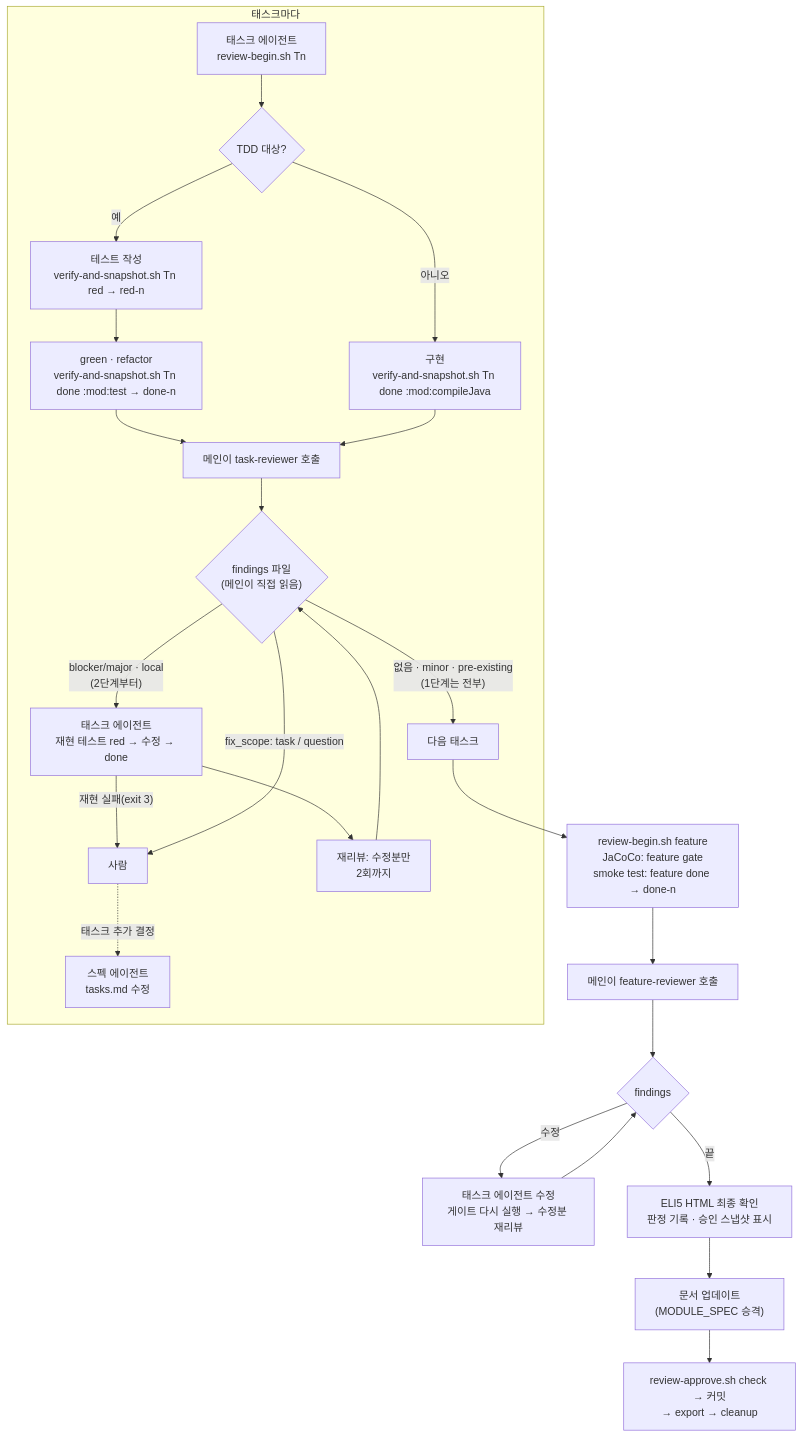
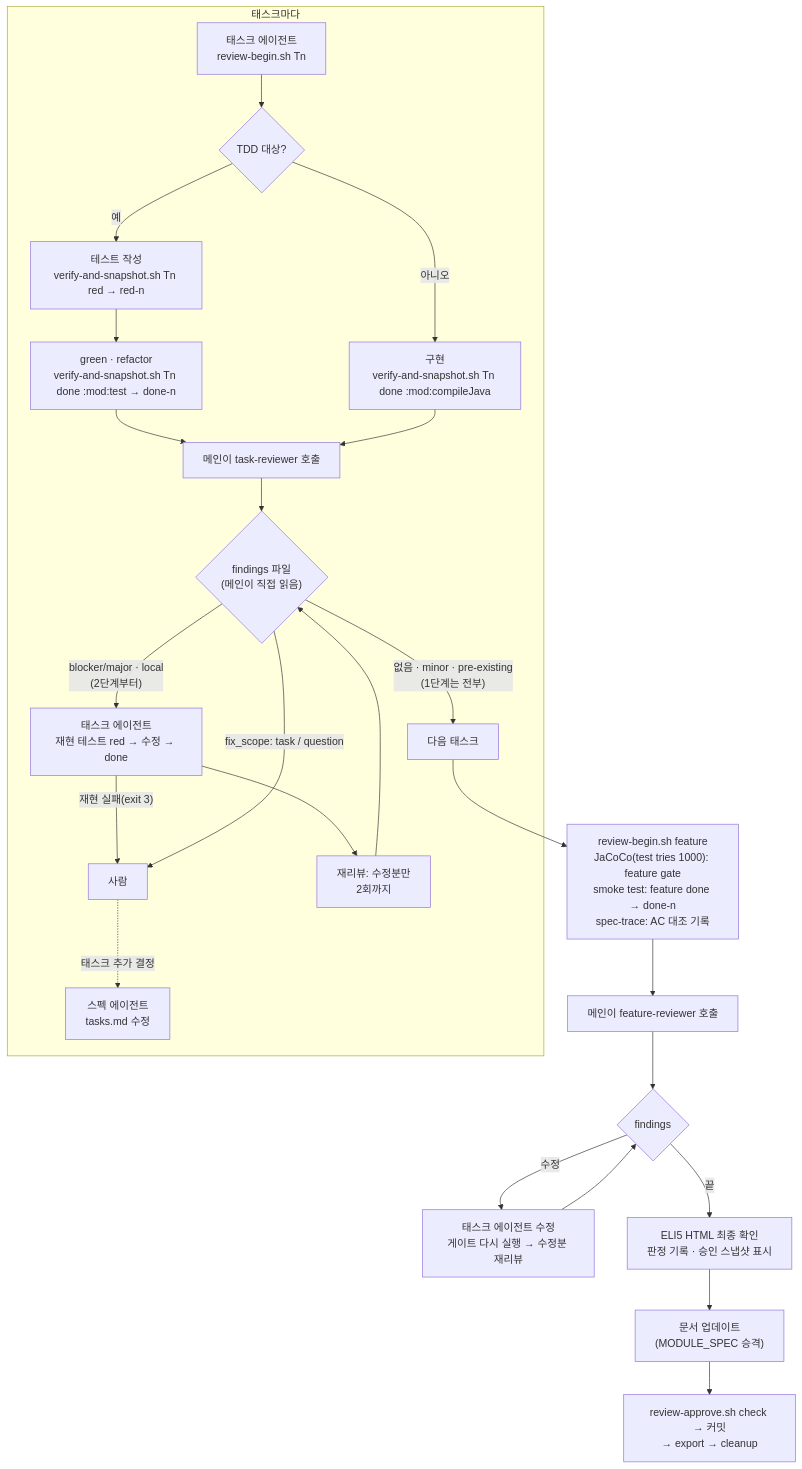
The diagram in ai-development/2026-11-agent-code-review-stage.md (libedi/docs), drawn with Mermaid before and after one commit. The commit also changed other lines of this file and 8 other files, not shown here.

````diff
--- a/ai-development/2026-11-agent-code-review-stage.md
+++ b/ai-development/2026-11-agent-code-review-stage.md
@@ -105,27 +121,27 @@
 ```mermaid
 flowchart TD
     subgraph TASK["태스크마다"]
         B["태스크 에이전트<br/>review-begin.sh Tn"] --> K{TDD 대상?}
         K -- 예 --> R["테스트 작성<br/>verify-and-snapshot.sh Tn red → red-n"]
         R --> I["green · refactor<br/>verify-and-snapshot.sh Tn done :mod:test → done-n"]
         K -- 아니오 --> C["구현<br/>verify-and-snapshot.sh Tn done :mod:compileJava"]
         I --> TR["메인이 task-reviewer 호출"]
         C --> TR
         TR --> F{"findings 파일<br/>(메인이 직접 읽음)"}
         F -- "blocker/major · local<br/>(2단계부터)" --> FIX["태스크 에이전트<br/>재현 테스트 red → 수정 → done"]
         FIX -- "재현 실패(exit 3)" --> H["사람"]
         FIX --> RR["재리뷰: 수정분만<br/>2회까지"]
         RR --> F
         F -- "fix_scope: task / question" --> H
         H -. "태스크 추가 결정" .-> SP["스펙 에이전트<br/>tasks.md 수정"]
         F -- "없음 · minor · pre-existing<br/>(1단계는 전부)" --> N["다음 태스크"]
     end
-    N --> G["review-begin.sh feature<br/>JaCoCo: feature gate<br/>smoke test: feature done → done-n"]
+    N --> G["review-begin.sh feature<br/>JaCoCo(test tries 1000): feature gate<br/>smoke test: feature done → done-n<br/>spec-trace: AC 대조 기록"]
     G --> FR["메인이 feature-reviewer 호출"]
     FR --> FF{findings}
     FF -- 수정 --> FX["태스크 에이전트 수정<br/>게이트 다시 실행 → 수정분 재리뷰"]
     FX --> FF
     FF -- "끝" --> HTML["ELI5 HTML 최종 확인<br/>판정 기록 · 승인 스냅샷 표시"]
     HTML --> DOC["문서 업데이트<br/>(MODULE_SPEC 승격)"]
     DOC --> CM["review-approve.sh check → 커밋<br/>→ export → cleanup"]
 ```
````
